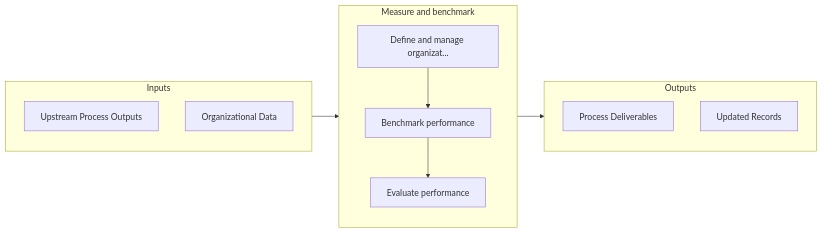
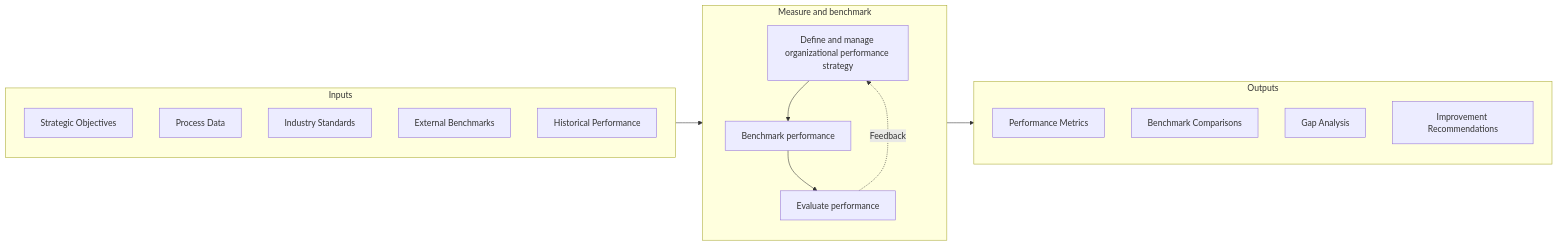
One commit to kziemski/business.org.ai changed the second of 3 diagrams in processes/13-Capabilities/13.6-MeasureBenchmark/index.mdx. Above: the diagram before and after it, drawn with Mermaid. The commit also changed other lines of this file and 885 other files, not shown here.

````diff
--- a/processes/13-Capabilities/13.6-MeasureBenchmark/index.mdx
+++ b/processes/13-Capabilities/13.6-MeasureBenchmark/index.mdx
@@ -60,22 +62,28 @@
 ```mermaid
 flowchart LR
     subgraph Inputs["Inputs"]
-        I1["Upstream Process Outputs"]
-        I2["Organizational Data"]
+        I1["Strategic Objectives"]
+        I2["Process Data"]
+        I3["Industry Standards"]
+        I4["External Benchmarks"]
+        I5["Historical Performance"]
     end
 
     subgraph Process["Measure and benchmark"]
-        S1["Define and manage organizat..."]
+        S1["Define and manage organizational performance strategy"]
         S2["Benchmark performance"]
         S3["Evaluate performance"]
     end
 
     subgraph Outputs["Outputs"]
-        O1["Process Deliverables"]
-        O2["Updated Records"]
+        O1["Performance Metrics"]
+        O2["Benchmark Comparisons"]
+        O3["Gap Analysis"]
+        O4["Improvement Recommendations"]
     end
 
     Inputs --> Process --> Outputs
     S1 --> S2
     S2 --> S3
+    S3 -.->|Feedback| S1
 ```
````
